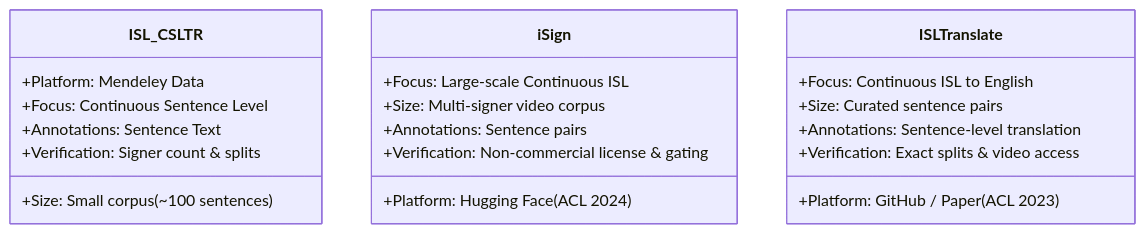
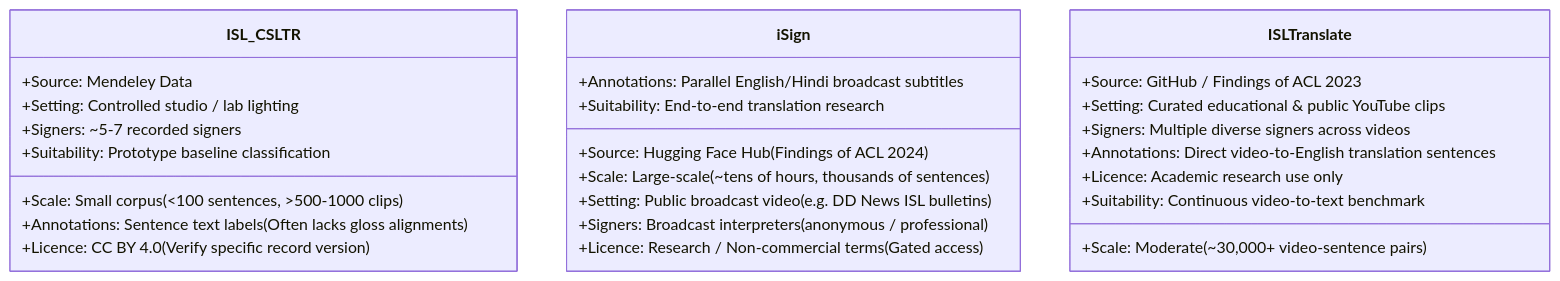
Before and after one commit to sengarbhoomi22-bot/SignBridge-Ai: the second of 5 diagrams in docs/implementation-plan/04-dataset-and-ml-plan.md, drawn with Mermaid. The commit also changed other lines of this file and 5 other files, not shown here.

````diff
--- a/docs/implementation-plan/04-dataset-and-ml-plan.md
+++ b/docs/implementation-plan/04-dataset-and-ml-plan.md
@@ -27,24 +49,30 @@
 ```mermaid
 classDiagram
     class ISL_CSLTR {
-        +Platform: Mendeley Data
-        +Focus: Continuous Sentence Level
-        +Size: Small corpus (~100 sentences)
-        +Annotations: Sentence Text
-        +Verification: Signer count & splits
+        +Source: Mendeley Data
+        +Scale: Small corpus (~100 sentences, ~500-1000 clips)
+        +Setting: Controlled studio / lab lighting
+        +Signers: ~5-7 recorded signers
+        +Annotations: Sentence text labels (Often lacks gloss alignments)
+        +Licence: CC BY 4.0 (Verify specific record version)
+        +Suitability: Prototype baseline classification
     }
     class iSign {
-        +Platform: Hugging Face (ACL 2024)
-        +Focus: Large-scale Continuous ISL
-        +Size: Multi-signer video corpus
-        +Annotations: Sentence pairs
-        +Verification: Non-commercial license & gating
+        +Source: Hugging Face Hub (Findings of ACL 2024)
+        +Scale: Large-scale (~tens of hours, thousands of sentences)
+        +Setting: Public broadcast video (e.g. DD News ISL bulletins)
+        +Signers: Broadcast interpreters (anonymous / professional)
+        +Annotations: Parallel English/Hindi broadcast subtitles
+        +Licence: Research / Non-commercial terms (Gated access)
+        +Suitability: End-to-end translation research
     }
     class ISLTranslate {
-        +Platform: GitHub / Paper (ACL 2023)
-        +Focus: Continuous ISL to English
-        +Size: Curated sentence pairs
-        +Annotations: Sentence-level translation
-        +Verification: Exact splits & video access
+        +Source: GitHub / Findings of ACL 2023
+        +Scale: Moderate (~30,000+ video-sentence pairs)
+        +Setting: Curated educational & public YouTube clips
+        +Signers: Multiple diverse signers across videos
+        +Annotations: Direct video-to-English translation sentences
+        +Licence: Academic research use only
+        +Suitability: Continuous video-to-text benchmark
     }
 ```
````
